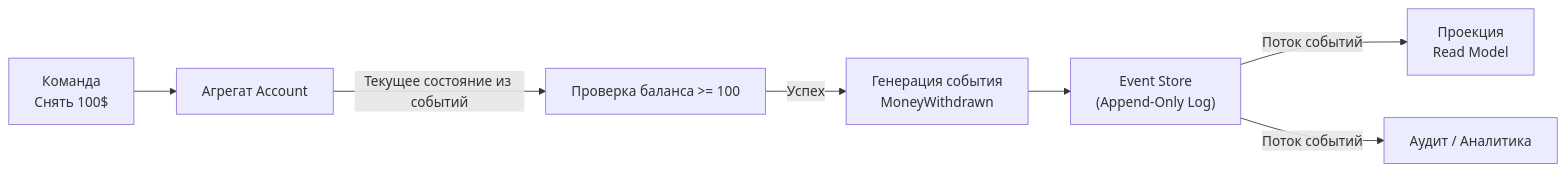
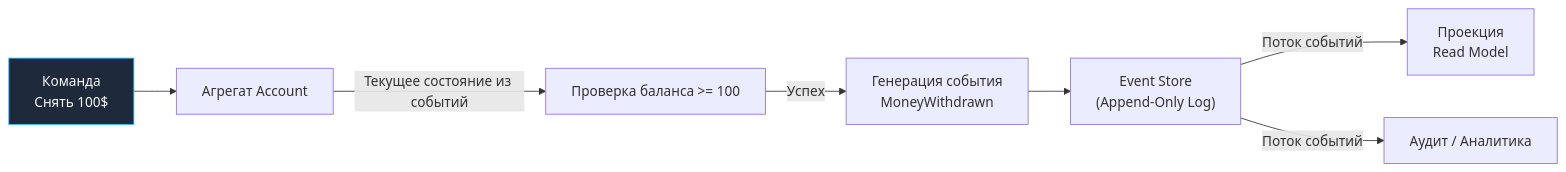
The diagram in sources/14. Распределенные системы на Go/09. Паттерны/3. Event sourcing.md (UnrealTemplier/go-textbook), drawn with Mermaid before and after one commit. The commit also changed 1666 other files, not shown here.

First line of the commit message:
feat(mermaid): add semantic color classDef to 1369 colorless flowchart/graph diagrams

````diff
--- a/sources/14. Распределенные системы на Go/09. Паттерны/3. Event sourcing.md
+++ b/sources/14. Распределенные системы на Go/09. Паттерны/3. Event sourcing.md
@@ -40,10 +40,20 @@
 ```mermaid
 flowchart LR
-    A["Команда<br>Снять 100$"] --> B["Агрегат Account"]
+    classDef process  fill:#1e293b,stroke:#38bdf8,stroke-width:1px,color:#f8fafc
+    classDef success  fill:#064e3b,stroke:#34d399,stroke-width:1px,color:#f8fafc
+    classDef error    fill:#7f1d1d,stroke:#f87171,stroke-width:1px,color:#f8fafc
+    classDef warning  fill:#78350f,stroke:#fbbf24,stroke-width:1px,color:#f8fafc
+    classDef entry    fill:#1e3a5f,stroke:#38bdf8,stroke-width:2px,color:#f8fafc
+    classDef aux      fill:#334155,stroke:#64748b,stroke-width:1px,color:#f8fafc
+    classDef system   fill:#312e81,stroke:#a78bfa,stroke-width:1px,color:#f8fafc
+    classDef data     fill:#132d29,stroke:#2dd4bf,stroke-width:1px,color:#f8fafc
+    classDef network  fill:#881337,stroke:#fb7185,stroke-width:1px,color:#f8fafc
+    classDef accent   fill:#1e1b4b,stroke:#818cf8,stroke-width:1px,color:#f8fafc
+    A["Команда<br>Снять 100$"]:::process --> B["Агрегат Account"]
     B -->|Текущее состояние из событий| C["Проверка баланса >= 100"]
     C -->|Успех| D["Генерация события<br>MoneyWithdrawn"]
     D --> E["Event Store<br>(Append-Only Log)"]
     
     E -->|Поток событий| F["Проекция<br>Read Model"]
     E -->|Поток событий| G["Аудит / Аналитика"]
 ```
````
